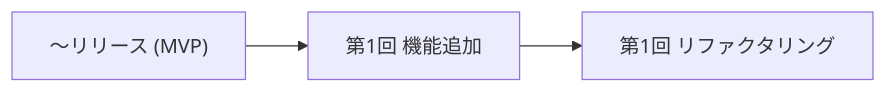
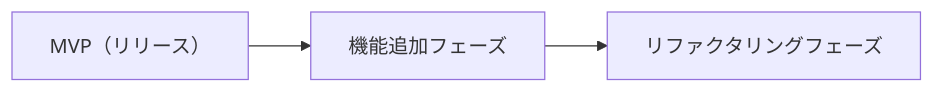
One commit to katsudon08/kanjo-kun changed the diagram in docs/requirement.md. Above: the diagram before and after it, drawn with Mermaid. The commit also changed other lines of this file and 1 other file, not shown here.

First line of the commit message:
requirement.md を MVP/機能追加の構成へ全面改訂、docs/ai を gitignore 追加

````diff
--- a/docs/requirement.md
+++ b/docs/requirement.md
@@ -95,4 +36,4 @@
 ```mermaid
 flowchart LR
-    MVP["〜リリース (MVP)"] --> ADD["第1回 機能追加"] --> REF["第1回 リファクタリング"]
+    MVP["MVP（リリース）"] --> ADD["機能追加フェーズ"] --> REF["リファクタリングフェーズ"]
 ```
````
